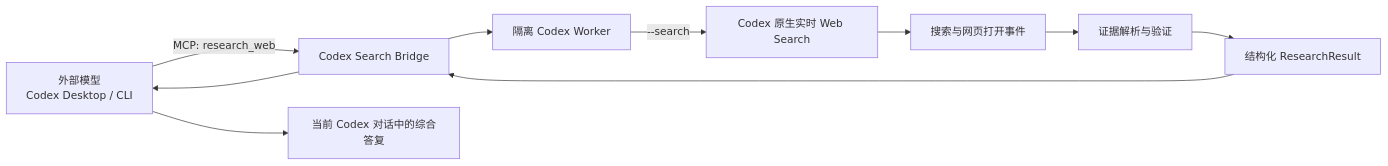
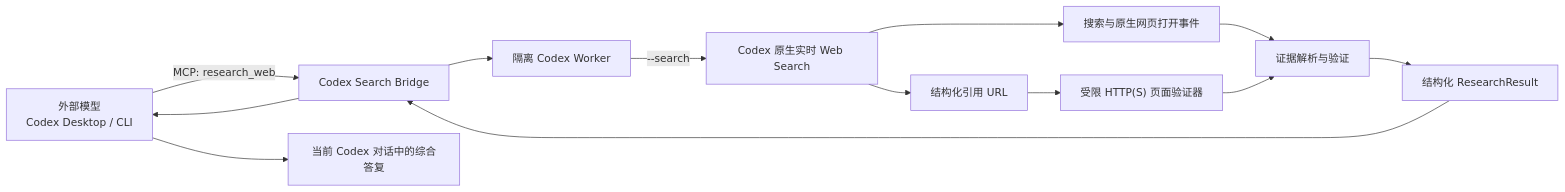
The diagram in docs/superpowers/specs/2026-07-25-codex-search-bridge-design.md (Zhao73/codex-search-bridge), drawn with Mermaid before and after one commit. The commit also changed other lines of this file and 11 other files, not shown here.

````diff
--- a/docs/superpowers/specs/2026-07-25-codex-search-bridge-design.md
+++ b/docs/superpowers/specs/2026-07-25-codex-search-bridge-design.md
@@ -65,12 +71,15 @@
 ```mermaid
 flowchart LR
     A["外部模型<br/>Codex Desktop / CLI"] -->|"MCP: research_web"| B["Codex Search Bridge"]
     B --> C["隔离 Codex Worker"]
     C -->|"--search"| D["Codex 原生实时 Web Search"]
-    D --> E["搜索与网页打开事件"]
+    D --> E["搜索与原生网页打开事件"]
+    D --> I["结构化引用 URL"]
+    I --> J["受限 HTTP(S) 页面验证器"]
     E --> F["证据解析与验证"]
+    J --> F
     F --> G["结构化 ResearchResult"]
     G --> B
     B --> A
     A --> H["当前 Codex 对话中的综合答复"]
 ```
````
